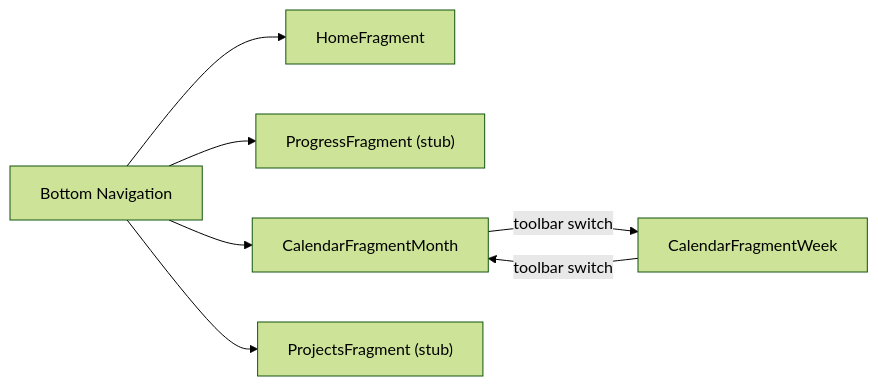
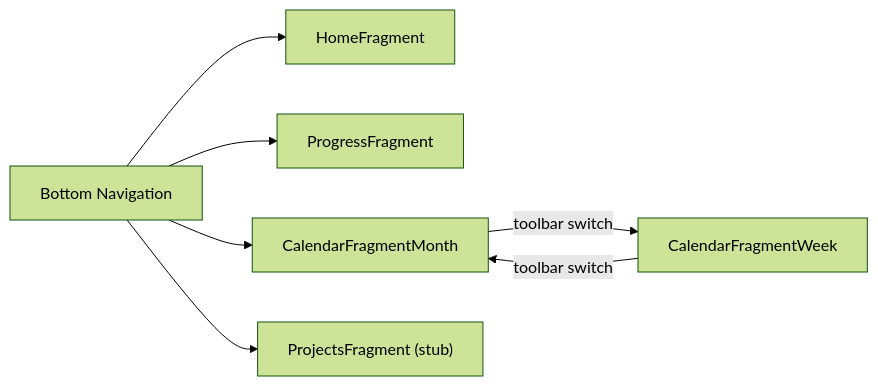
Before and after one commit to ThaGuille/BBetterCalendar: the third of 3 diagrams in .claude/docs/architecture.md, drawn with Mermaid (forest theme). The commit also changed other lines of this file and 19 other files, not shown here.

````diff
--- a/.claude/docs/architecture.md
+++ b/.claude/docs/architecture.md
@@ -308,10 +143,10 @@
 ```mermaid
 graph LR
     BottomNav["Bottom Navigation"]
     BottomNav --> Home["HomeFragment"]
-    BottomNav --> Progress["ProgressFragment (stub)"]
+    BottomNav --> Progress["ProgressFragment"]
     BottomNav --> CalMonth["CalendarFragmentMonth"]
     BottomNav --> Projects["ProjectsFragment (stub)"]
     CalMonth -->|"toolbar switch"| CalWeek["CalendarFragmentWeek"]
     CalWeek  -->|"toolbar switch"| CalMonth
 ```
````
